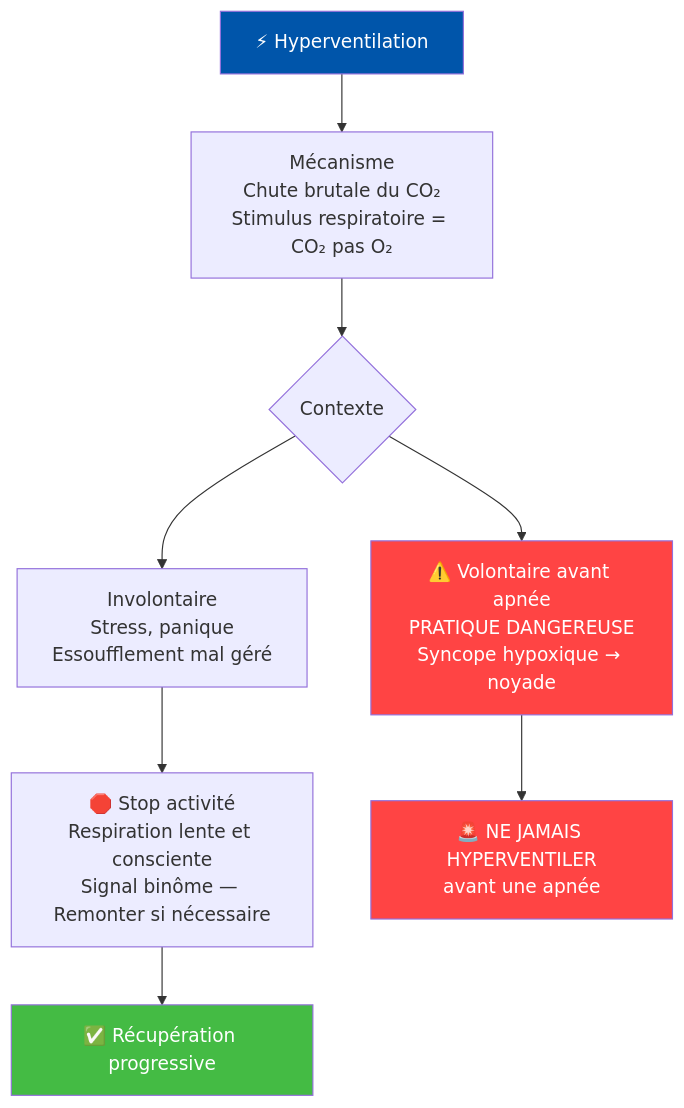
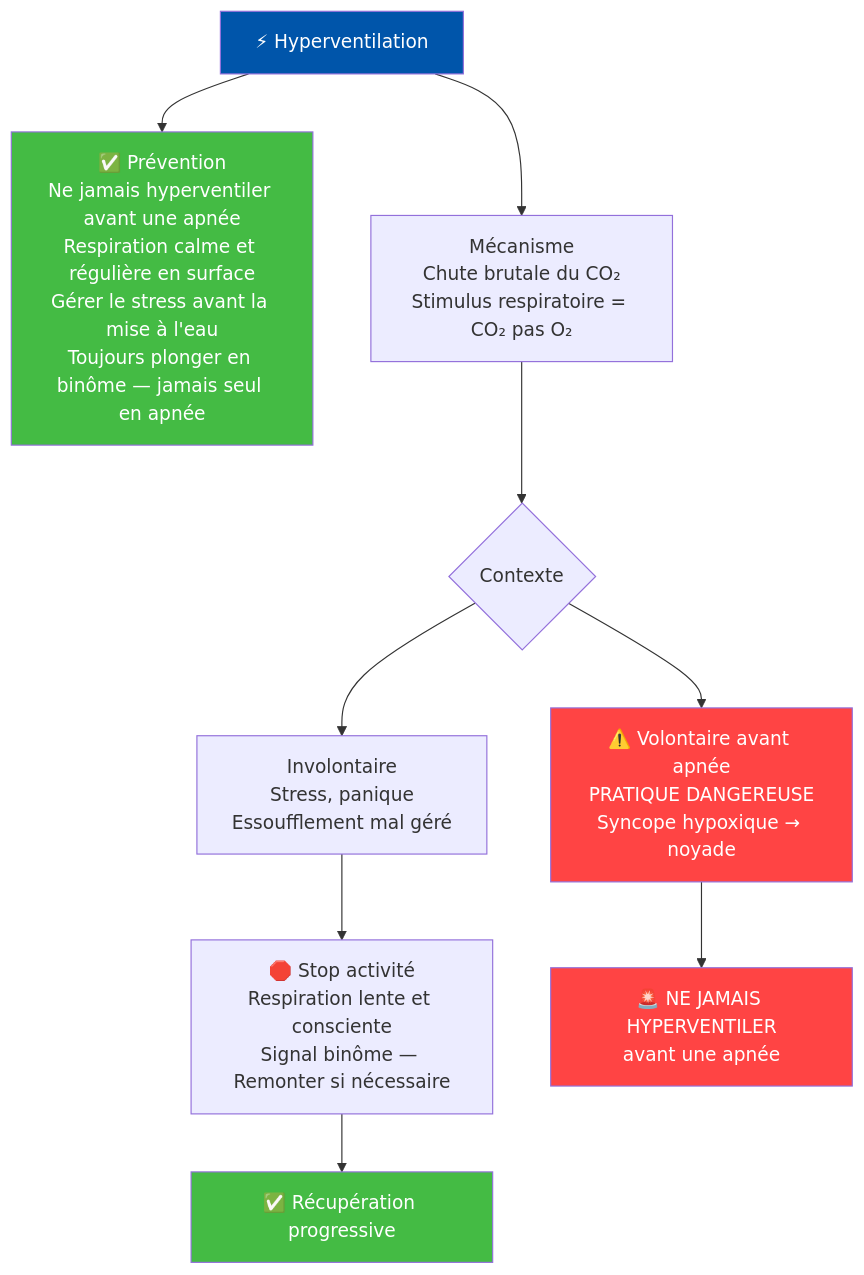
One commit to thomasGuibert/plongee changed the sixth of 6 diagrams in prepa-n2/N2_Physiologie_Risques.md. Above: the diagram before and after it, drawn with Mermaid. The commit also changed other lines of this file, not shown here.

````diff
--- a/prepa-n2/N2_Physiologie_Risques.md
+++ b/prepa-n2/N2_Physiologie_Risques.md
@@ -139,16 +157,20 @@
 ```mermaid
 flowchart TD
     ROOT["⚡ Hyperventilation"]
+
+    ROOT --> PREV["✅ Prévention<br>Ne jamais hyperventiler avant une apnée<br>Respiration calme et régulière en surface<br>Gérer le stress avant la mise à l'eau<br>Toujours plonger en binôme — jamais seul en apnée"]
+
     ROOT --> HYPER_M["Mécanisme<br>Chute brutale du CO₂<br>Stimulus respiratoire = CO₂ pas O₂"]
     HYPER_M --> HYPER_C{Contexte}
     HYPER_C --> HYPER_I["Involontaire<br>Stress, panique<br>Essoufflement mal géré"]
     HYPER_C --> HYPER_V["⚠️ Volontaire avant apnée<br>PRATIQUE DANGEREUSE<br>Syncope hypoxique → noyade"]
     HYPER_I --> HYPER_CT["🛑 Stop activité<br>Respiration lente et consciente<br>Signal binôme — Remonter si nécessaire"]
     HYPER_V --> HYPER_KO["🚨 NE JAMAIS HYPERVENTILER<br>avant une apnée"]
     HYPER_CT --> HYPER_OK["✅ Récupération progressive"]
 
     style ROOT fill:#0055aa,color:#fff
+    style PREV fill:#44bb44,color:#fff
     style HYPER_V fill:#ff4444,color:#fff
     style HYPER_KO fill:#ff4444,color:#fff
     style HYPER_OK fill:#44bb44,color:#fff
 ```
````
